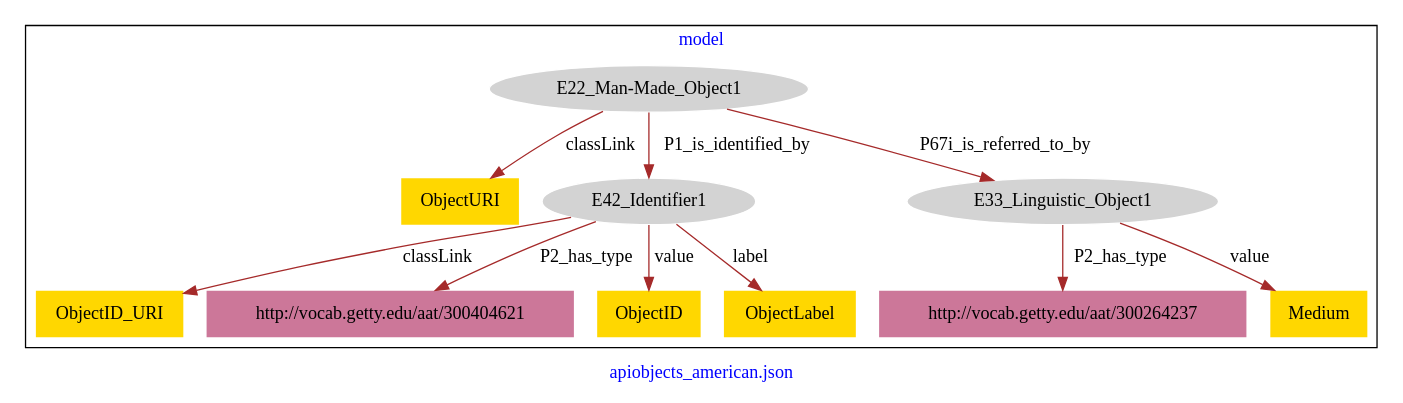
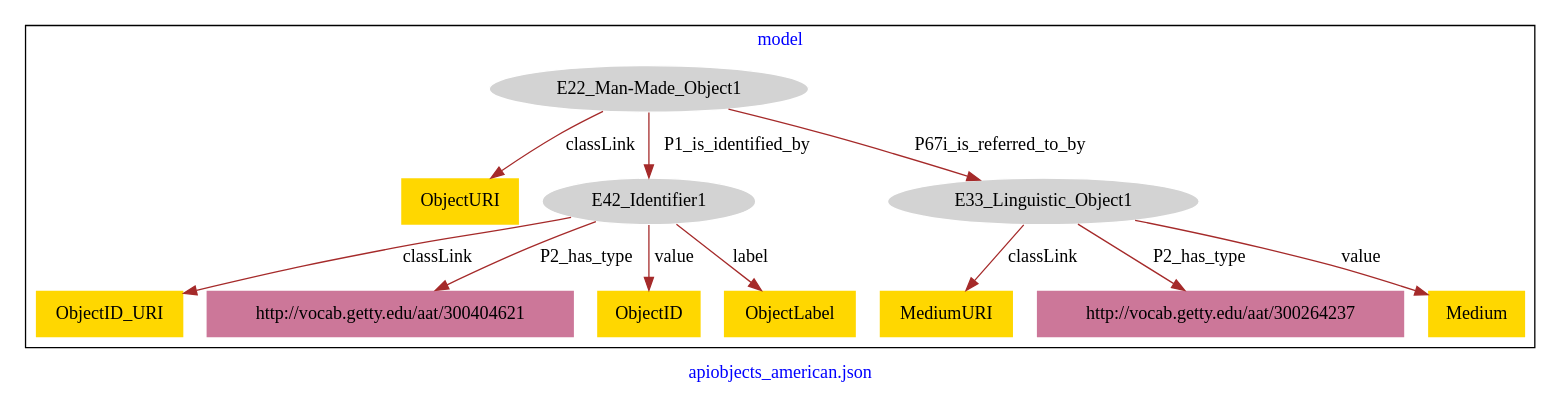
One commit to american-art/PUAM changed the diagram in apiobjects_american/apiobjects_american-model.dot. Above: the diagram before and after it, drawn with Graphviz.

Commit message:
Update file apiobjects_american-model.dot

```diff
--- a/apiobjects_american/apiobjects_american-model.dot
+++ b/apiobjects_american/apiobjects_american-model.dot
@@ -1,27 +1,29 @@
 digraph n0 {
 fontcolor="blue"
 remincross="true"
 label="apiobjects_american.json"
 subgraph cluster {
 label="model"
 n2[style="filled",color="white",fillcolor="lightgray",label="E22_Man-Made_Object1"];
 n3[shape="plaintext",style="filled",fillcolor="gold",label="ObjectURI"];
 n4[style="filled",color="white",fillcolor="lightgray",label="E42_Identifier1"];
 n5[style="filled",color="white",fillcolor="lightgray",label="E33_Linguistic_Object1"];
-n6[shape="plaintext",style="filled",fillcolor="#CC7799",label="http://vocab.getty.edu/aat/300264237"];
-n7[shape="plaintext",style="filled",fillcolor="gold",label="Medium"];
-n8[shape="plaintext",style="filled",fillcolor="gold",label="ObjectID_URI"];
-n9[shape="plaintext",style="filled",fillcolor="#CC7799",label="http://vocab.getty.edu/aat/300404621"];
-n10[shape="plaintext",style="filled",fillcolor="gold",label="ObjectID"];
-n11[shape="plaintext",style="filled",fillcolor="gold",label="ObjectLabel"];
+n6[shape="plaintext",style="filled",fillcolor="gold",label="MediumURI"];
+n7[shape="plaintext",style="filled",fillcolor="#CC7799",label="http://vocab.getty.edu/aat/300264237"];
+n8[shape="plaintext",style="filled",fillcolor="gold",label="Medium"];
+n9[shape="plaintext",style="filled",fillcolor="gold",label="ObjectID_URI"];
+n10[shape="plaintext",style="filled",fillcolor="#CC7799",label="http://vocab.getty.edu/aat/300404621"];
+n11[shape="plaintext",style="filled",fillcolor="gold",label="ObjectID"];
+n12[shape="plaintext",style="filled",fillcolor="gold",label="ObjectLabel"];
 }
 n2 -> n3[color="brown",fontcolor="black",label="classLink"]
 n2 -> n4[color="brown",fontcolor="black",label="P1_is_identified_by"]
 n2 -> n5[color="brown",fontcolor="black",label="P67i_is_referred_to_by"]
-n5 -> n6[color="brown",fontcolor="black",label="P2_has_type"]
-n5 -> n7[color="brown",fontcolor="black",label="value"]
-n4 -> n8[color="brown",fontcolor="black",label="classLink"]
-n4 -> n9[color="brown",fontcolor="black",label="P2_has_type"]
-n4 -> n10[color="brown",fontcolor="black",label="value"]
-n4 -> n11[color="brown",fontcolor="black",label="label"]
+n5 -> n6[color="brown",fontcolor="black",label="classLink"]
+n5 -> n7[color="brown",fontcolor="black",label="P2_has_type"]
+n5 -> n8[color="brown",fontcolor="black",label="value"]
+n4 -> n9[color="brown",fontcolor="black",label="classLink"]
+n4 -> n10[color="brown",fontcolor="black",label="P2_has_type"]
+n4 -> n11[color="brown",fontcolor="black",label="value"]
+n4 -> n12[color="brown",fontcolor="black",label="label"]
 }
```
